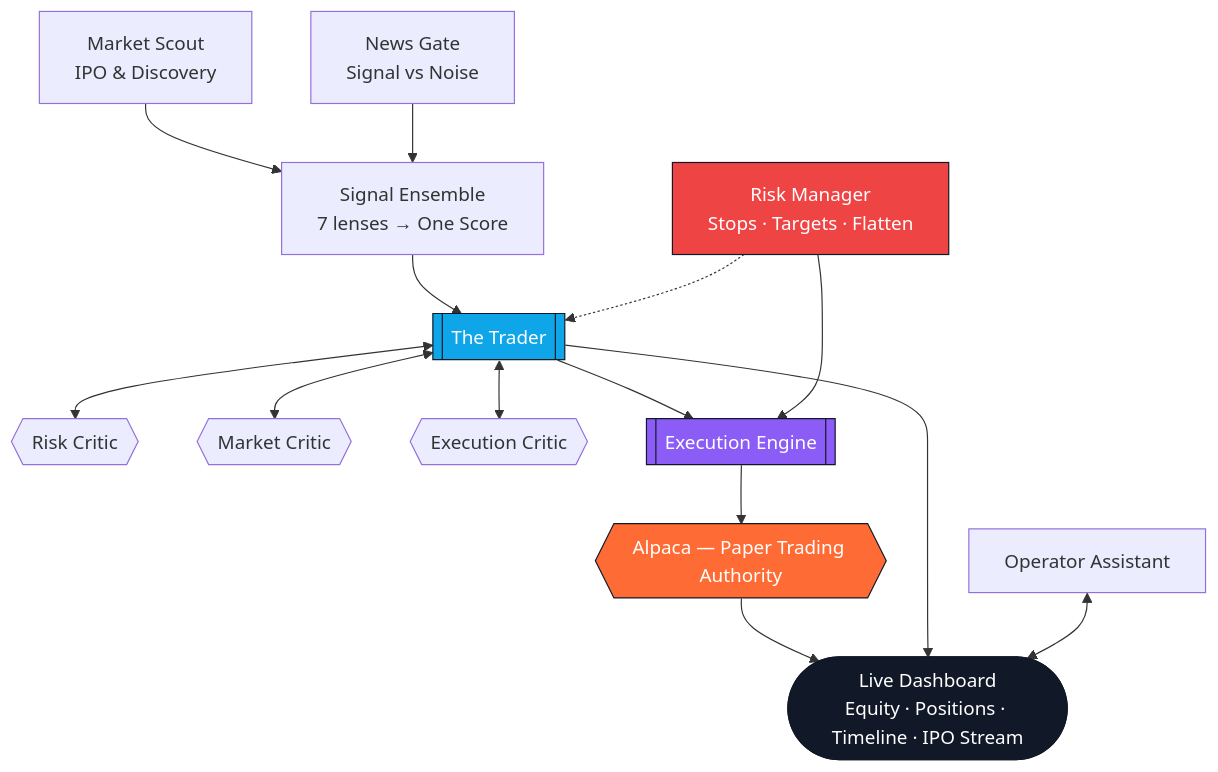
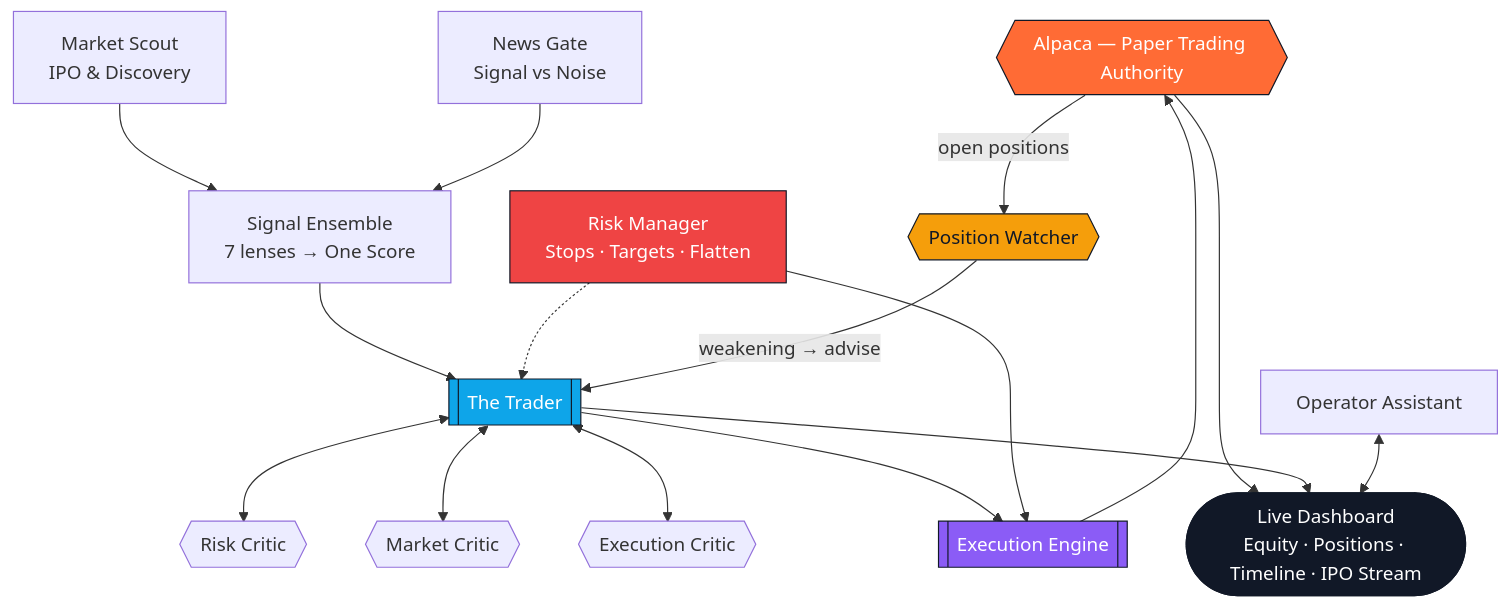
One commit to GoatWhistle/alpaca-hack changed the diagram in README.md. Above: the diagram before and after it, drawn with Mermaid. The commit also changed other lines of this file and 19 other files, not shown here.

````diff
--- a/README.md
+++ b/README.md
@@ -290,34 +305,38 @@
 ```mermaid
 flowchart TB
     Alpaca{{Alpaca — Paper Trading Authority}}
 
     Scout[Market Scout<br/>IPO & Discovery]
     News[News Gate<br/>Signal vs Noise]
     Signals[Signal Ensemble<br/>7 lenses → One Score]
     Risk[Risk Manager<br/>Stops · Targets · Flatten]
 
     Trader[[The Trader]]
     RiskC{{Risk Critic}}
     MarketC{{Market Critic}}
     ExecC{{Execution Critic}}
+    Watch{{Position Watcher}}
 
     Exec[[Execution Engine]]
     Guide[Operator Assistant]
 
     Dashboard([Live Dashboard<br/>Equity · Positions · Timeline · IPO Stream])
 
     Scout & News --> Signals --> Trader
     Risk -.-> Trader
+    Alpaca -->|open positions| Watch
+    Watch -->|weakening → advise| Trader
     Trader <--> RiskC & MarketC & ExecC
     Trader --> Exec --> Alpaca
     Risk --> Exec
     Alpaca --> Dashboard
     Trader --> Dashboard
     Guide <--> Dashboard
 
     style Alpaca fill:#FF6B35,stroke:#111827,color:#fff
     style Trader fill:#0EA5E9,stroke:#111827,color:#fff
     style Exec fill:#8B5CF6,stroke:#111827,color:#fff
     style Dashboard fill:#111827,stroke:#111827,color:#fff
     style Risk fill:#EF4444,stroke:#111827,color:#fff
+    style Watch fill:#F59E0B,stroke:#111827,color:#111827
 ```
````
